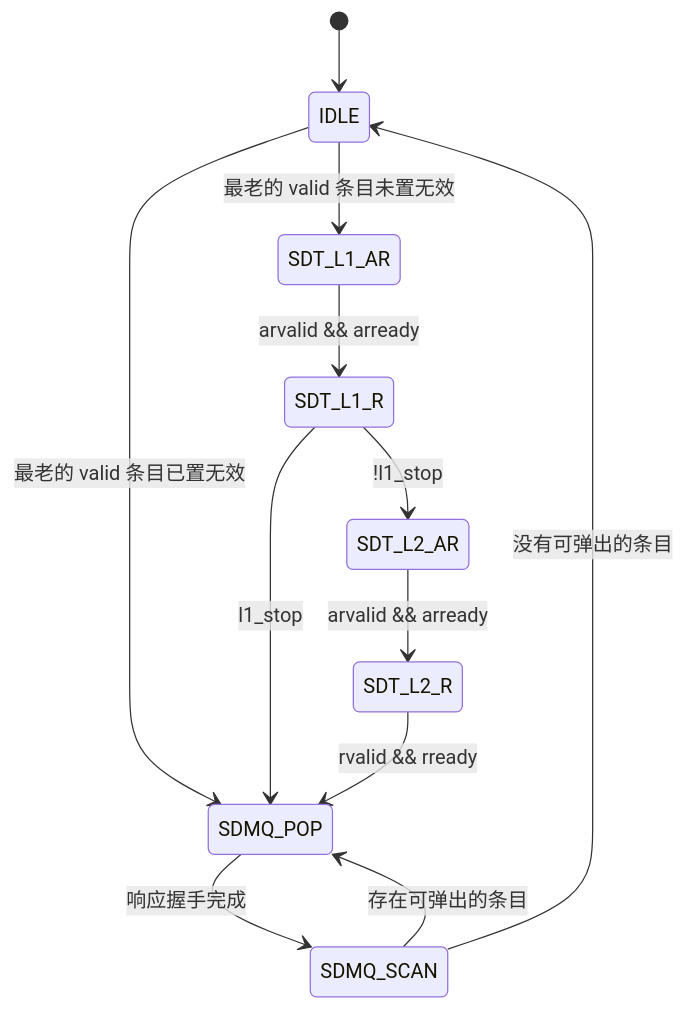
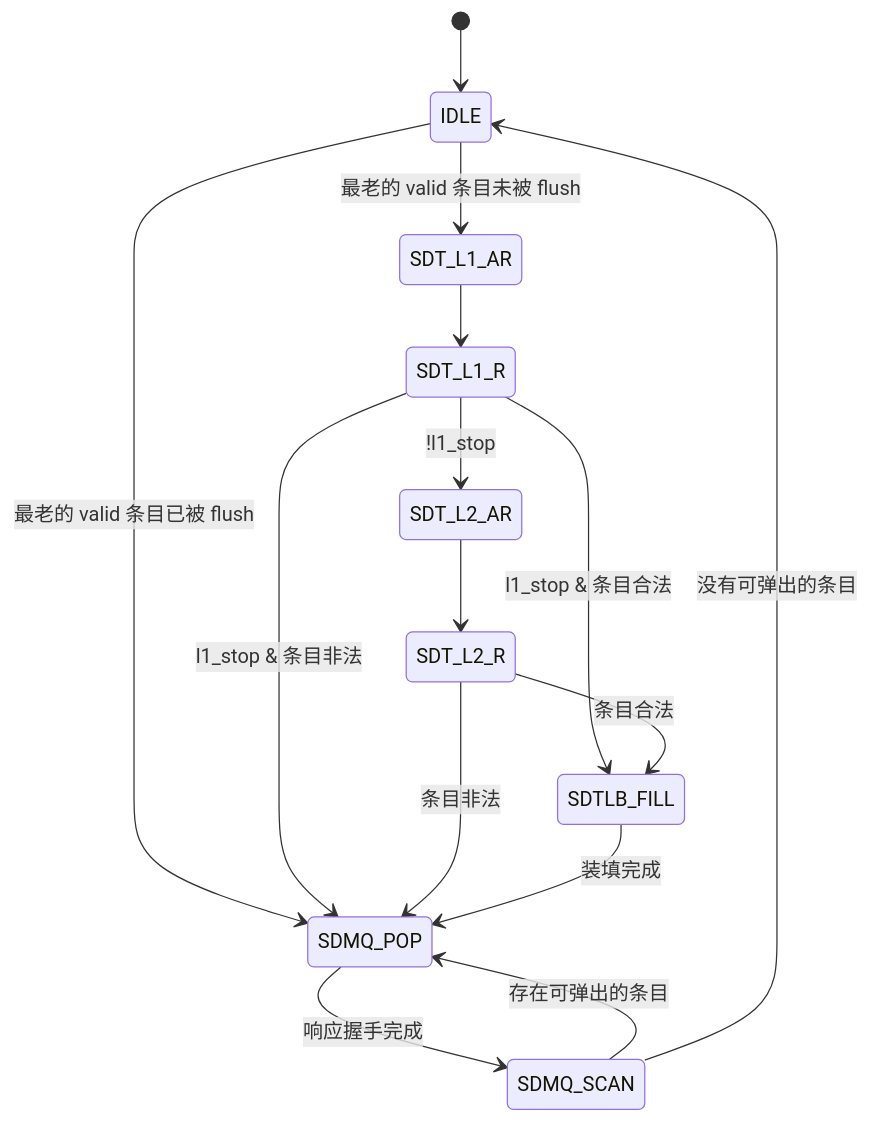
One commit to DuBirdFly/C1_SDecoder changed the third of 5 diagrams in doc/design_plan/SDecoder设计方案/SDecoder 设计方案 v0.9.md. Above: the diagram before and after it, drawn with Mermaid. The commit also changed other lines of this file, not shown here.

````diff
--- a/doc/design_plan/SDecoder设计方案/SDecoder 设计方案 v0.9.md
+++ b/doc/design_plan/SDecoder设计方案/SDecoder 设计方案 v0.9.md
@@ -262,14 +262,17 @@
 ```mermaid
 stateDiagram-v2
     [*] --> IDLE
-    IDLE --> SDT_L1_AR: 最老的 valid 条目未置无效
-    IDLE --> SDMQ_POP: 最老的 valid 条目已置无效
-    SDT_L1_AR --> SDT_L1_R: arvalid && arready
-    SDT_L1_R --> SDMQ_POP: l1_stop
+    IDLE --> SDT_L1_AR: 最老的 valid 条目未被 flush
+    IDLE --> SDMQ_POP: 最老的 valid 条目已被 flush
+    SDT_L1_AR --> SDT_L1_R
+    SDT_L1_R --> SDTLB_FILL: l1_stop & 条目合法
+    SDT_L1_R --> SDMQ_POP: l1_stop & 条目非法
     SDT_L1_R --> SDT_L2_AR: !l1_stop
-    SDT_L2_AR --> SDT_L2_R: arvalid && arready
-    SDT_L2_R --> SDMQ_POP: rvalid && rready
+    SDT_L2_AR --> SDT_L2_R
+    SDT_L2_R --> SDTLB_FILL: 条目合法
+    SDT_L2_R --> SDMQ_POP: 条目非法
+    SDTLB_FILL --> SDMQ_POP: 装填完成
     SDMQ_SCAN --> SDMQ_POP: 存在可弹出的条目
     SDMQ_SCAN --> IDLE: 没有可弹出的条目
     SDMQ_POP --> SDMQ_SCAN: 响应握手完成
 ```
````
